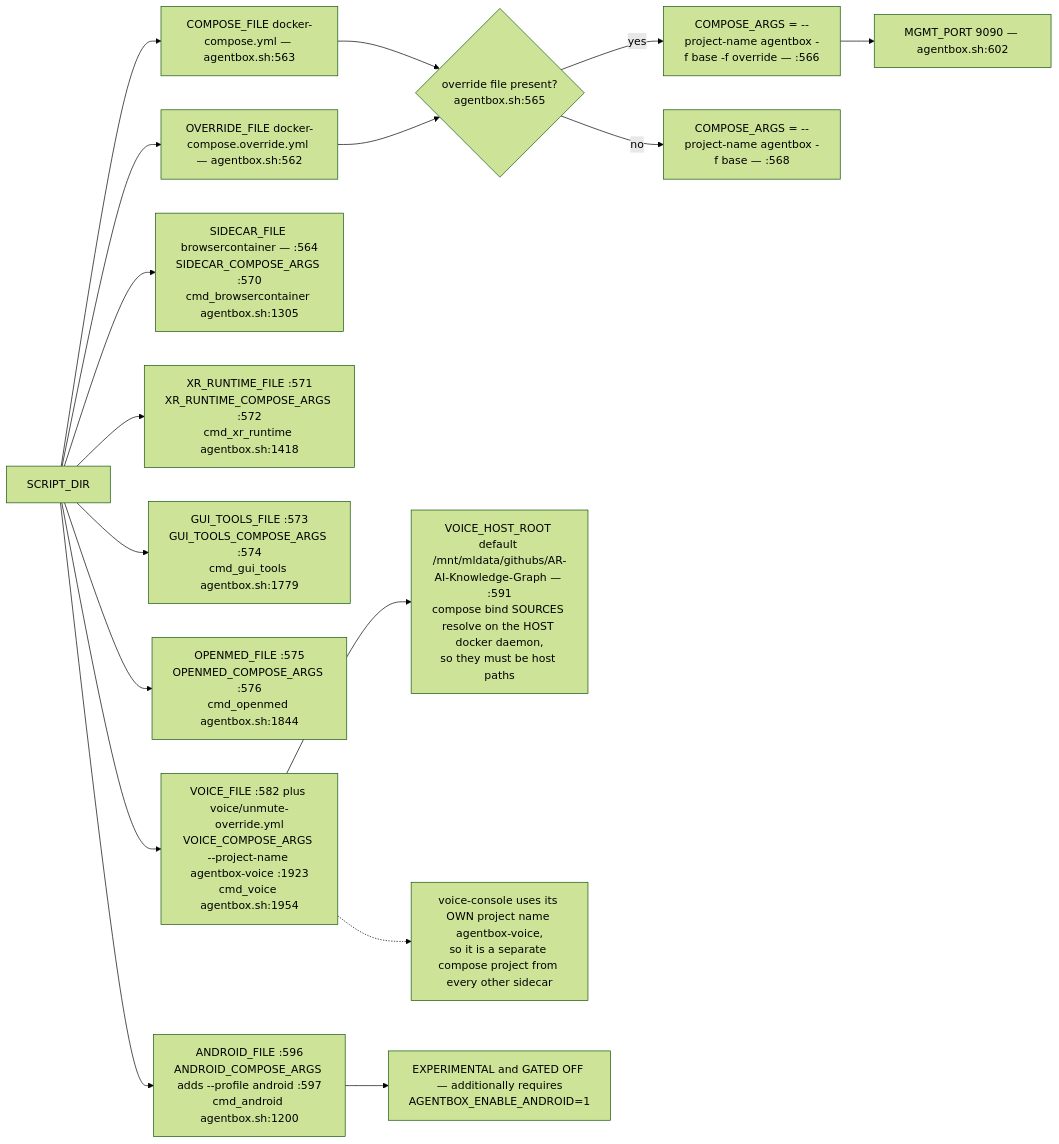
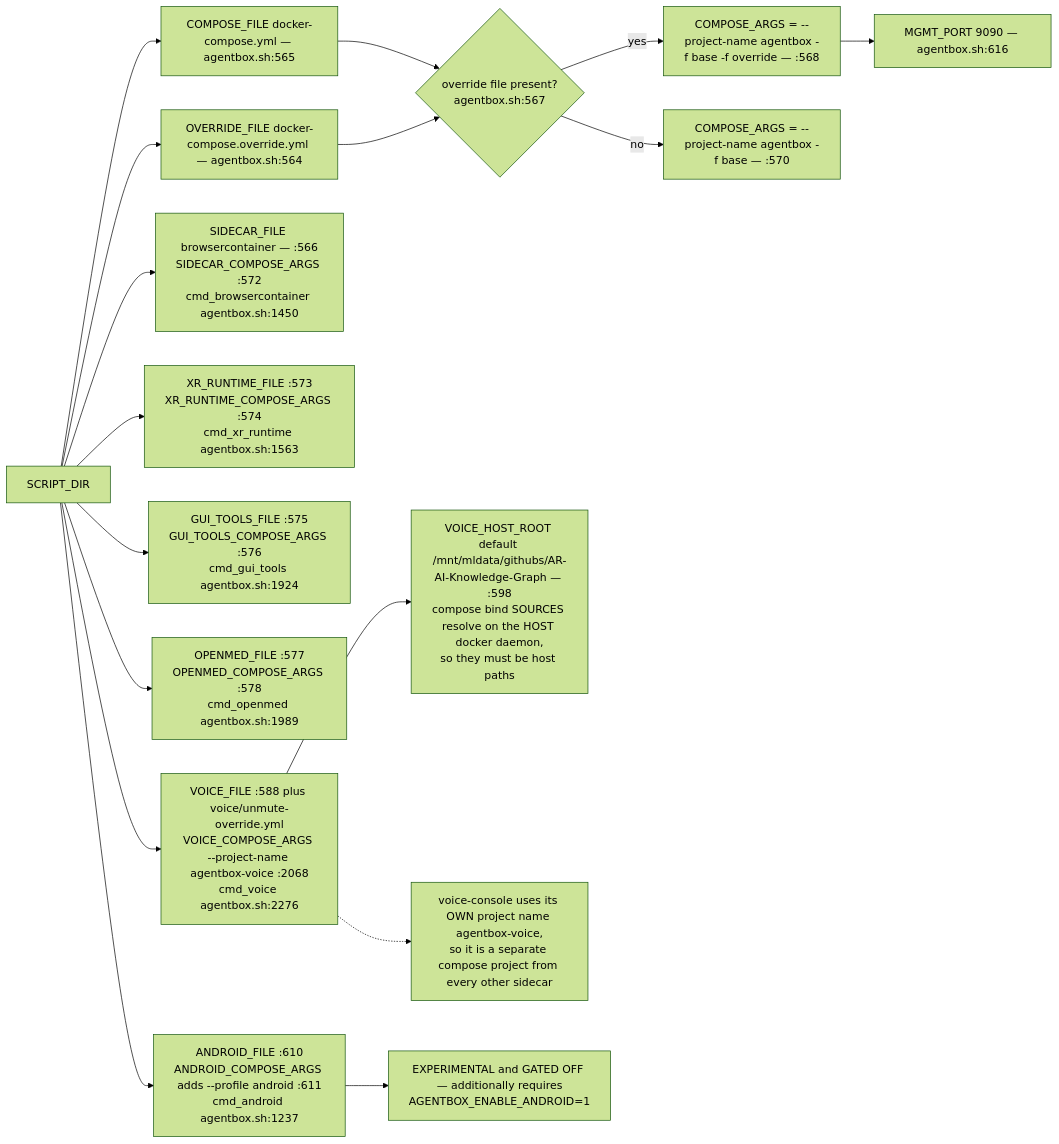
The sixth of 10 diagrams in docs/diagrams/agentbox/06-sidecars-and-compose-overlays.md (DreamLab-AI/VisionFlow), drawn with Mermaid (forest theme) before and after one commit. The commit also changed other lines of this file and 28 other files, not shown here.

````diff
--- a/docs/diagrams/agentbox/06-sidecars-and-compose-overlays.md
+++ b/docs/diagrams/agentbox/06-sidecars-and-compose-overlays.md
@@ -189,19 +192,19 @@
 ```mermaid
 flowchart LR
-    SD["SCRIPT_DIR"] --> A1["COMPOSE_FILE docker-compose.yml — agentbox.sh:563"]
-    SD --> A2["OVERRIDE_FILE docker-compose.override.yml — agentbox.sh:562"]
-    A1 --> CA{"override file present?<br/>agentbox.sh:565"}
+    SD["SCRIPT_DIR"] --> A1["COMPOSE_FILE docker-compose.yml — agentbox.sh:565"]
+    SD --> A2["OVERRIDE_FILE docker-compose.override.yml — agentbox.sh:564"]
+    A1 --> CA{"override file present?<br/>agentbox.sh:567"}
     A2 --> CA
-    CA -->|yes| CA1["COMPOSE_ARGS = --project-name agentbox -f base -f override — :566"]
-    CA -->|no| CA2["COMPOSE_ARGS = --project-name agentbox -f base — :568"]
-    SD --> S1["SIDECAR_FILE browsercontainer — :564<br/>SIDECAR_COMPOSE_ARGS :570<br/>cmd_browsercontainer agentbox.sh:1305"]
-    SD --> S2["XR_RUNTIME_FILE :571<br/>XR_RUNTIME_COMPOSE_ARGS :572<br/>cmd_xr_runtime agentbox.sh:1418"]
-    SD --> S3["GUI_TOOLS_FILE :573<br/>GUI_TOOLS_COMPOSE_ARGS :574<br/>cmd_gui_tools agentbox.sh:1779"]
-    SD --> S4["OPENMED_FILE :575<br/>OPENMED_COMPOSE_ARGS :576<br/>cmd_openmed agentbox.sh:1844"]
-    SD --> S5["VOICE_FILE :582 plus voice/unmute-override.yml<br/>VOICE_COMPOSE_ARGS --project-name agentbox-voice :1923<br/>cmd_voice agentbox.sh:1954"]
-    SD --> S6["ANDROID_FILE :596<br/>ANDROID_COMPOSE_ARGS adds --profile android :597<br/>cmd_android agentbox.sh:1200"]
-    S5 --> VH["VOICE_HOST_ROOT default /mnt/mldata/githubs/AR-AI-Knowledge-Graph — :591<br/>compose bind SOURCES resolve on the HOST docker daemon,<br/>so they must be host paths"]
+    CA -->|yes| CA1["COMPOSE_ARGS = --project-name agentbox -f base -f override — :568"]
+    CA -->|no| CA2["COMPOSE_ARGS = --project-name agentbox -f base — :570"]
+    SD --> S1["SIDECAR_FILE browsercontainer — :566<br/>SIDECAR_COMPOSE_ARGS :572<br/>cmd_browsercontainer agentbox.sh:1450"]
+    SD --> S2["XR_RUNTIME_FILE :573<br/>XR_RUNTIME_COMPOSE_ARGS :574<br/>cmd_xr_runtime agentbox.sh:1563"]
+    SD --> S3["GUI_TOOLS_FILE :575<br/>GUI_TOOLS_COMPOSE_ARGS :576<br/>cmd_gui_tools agentbox.sh:1924"]
+    SD --> S4["OPENMED_FILE :577<br/>OPENMED_COMPOSE_ARGS :578<br/>cmd_openmed agentbox.sh:1989"]
+    SD --> S5["VOICE_FILE :588 plus voice/unmute-override.yml<br/>VOICE_COMPOSE_ARGS --project-name agentbox-voice :2068<br/>cmd_voice agentbox.sh:2276"]
+    SD --> S6["ANDROID_FILE :610<br/>ANDROID_COMPOSE_ARGS adds --profile android :611<br/>cmd_android agentbox.sh:1237"]
+    S5 --> VH["VOICE_HOST_ROOT default /mnt/mldata/githubs/AR-AI-Knowledge-Graph — :598<br/>compose bind SOURCES resolve on the HOST docker daemon,<br/>so they must be host paths"]
     S6 --> AG["EXPERIMENTAL and GATED OFF — additionally requires<br/>AGENTBOX_ENABLE_ANDROID=1"]
-    CA1 --> MGMT["MGMT_PORT 9090 — agentbox.sh:602"]
+    CA1 --> MGMT["MGMT_PORT 9090 — agentbox.sh:616"]
     S5 -.-> VNOTE["voice-console uses its OWN project name agentbox-voice,<br/>so it is a separate compose project from every other sidecar"]
 ```
````
